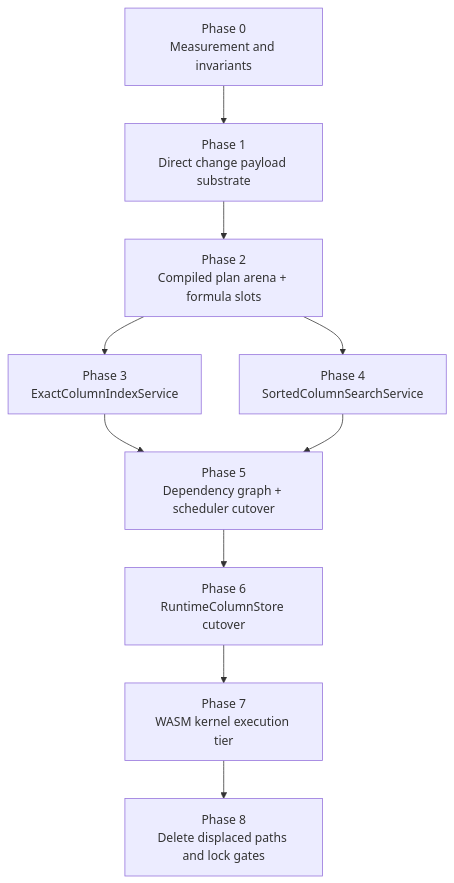
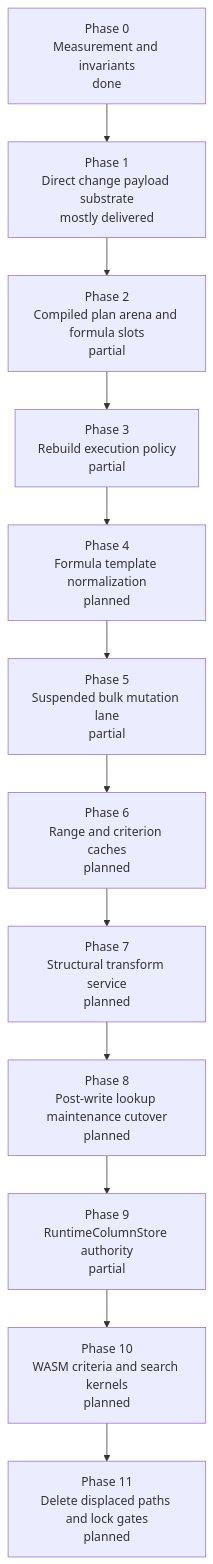
One commit to proompteng/bilig changed the first of 2 diagrams in docs/workpaper-ultra-performance-engine-delivery-2026-04-12.md. Above: the diagram before and after it, drawn with Mermaid. The commit also changed other lines of this file and 19 other files, not shown here.

````diff
--- a/docs/workpaper-ultra-performance-engine-delivery-2026-04-12.md
+++ b/docs/workpaper-ultra-performance-engine-delivery-2026-04-12.md
@@ -60,12 +108,14 @@
 ```mermaid
 flowchart TD
-  P0["Phase 0<br/>Measurement and invariants"] --> P1["Phase 1<br/>Direct change payload substrate"]
-  P1 --> P2["Phase 2<br/>Compiled plan arena + formula slots"]
-  P2 --> P3["Phase 3<br/>ExactColumnIndexService"]
-  P2 --> P4["Phase 4<br/>SortedColumnSearchService"]
-  P3 --> P5["Phase 5<br/>Dependency graph + scheduler cutover"]
-  P4 --> P5
-  P5 --> P6["Phase 6<br/>RuntimeColumnStore cutover"]
-  P6 --> P7["Phase 7<br/>WASM kernel execution tier"]
-  P7 --> P8["Phase 8<br/>Delete displaced paths and lock gates"]
+  P0["Phase 0<br/>Measurement and invariants<br/>done"] --> P1["Phase 1<br/>Direct change payload substrate<br/>mostly delivered"]
+  P1 --> P2["Phase 2<br/>Compiled plan arena and formula slots<br/>partial"]
+  P2 --> P3["Phase 3<br/>Rebuild execution policy<br/>partial"]
+  P3 --> P4["Phase 4<br/>Formula template normalization<br/>planned"]
+  P4 --> P5["Phase 5<br/>Suspended bulk mutation lane<br/>partial"]
+  P5 --> P6["Phase 6<br/>Range and criterion caches<br/>planned"]
+  P6 --> P7["Phase 7<br/>Structural transform service<br/>planned"]
+  P7 --> P8["Phase 8<br/>Post-write lookup maintenance cutover<br/>planned"]
+  P8 --> P9["Phase 9<br/>RuntimeColumnStore authority<br/>partial"]
+  P9 --> P10["Phase 10<br/>WASM criteria and search kernels<br/>planned"]
+  P10 --> P11["Phase 11<br/>Delete displaced paths and lock gates<br/>planned"]
 ```
````
